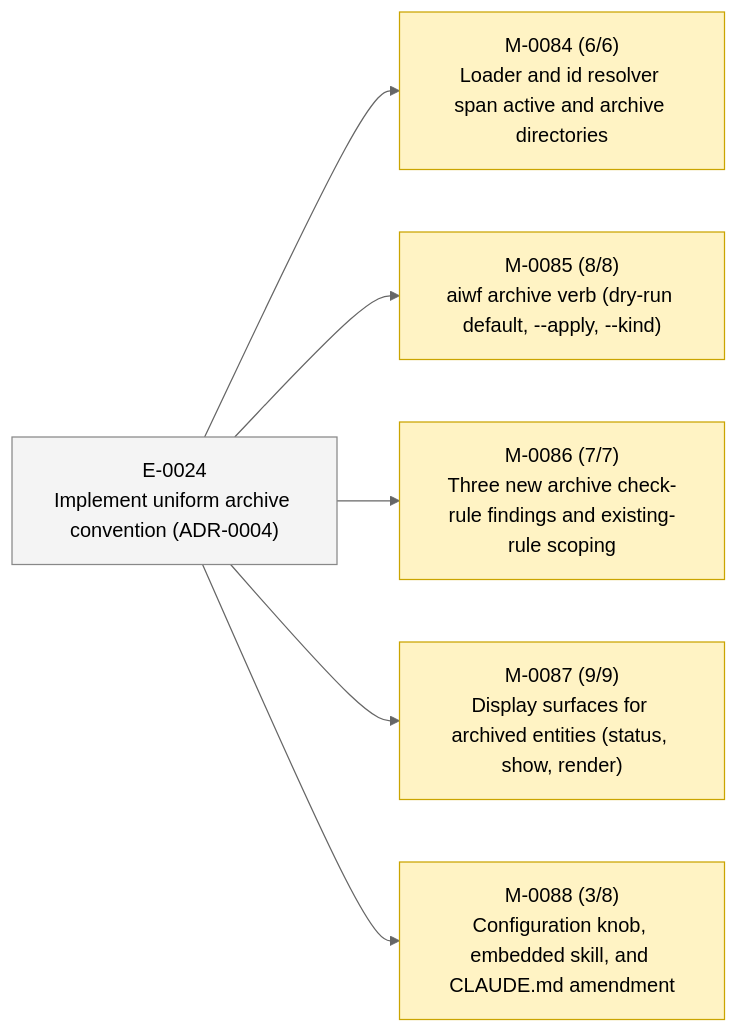
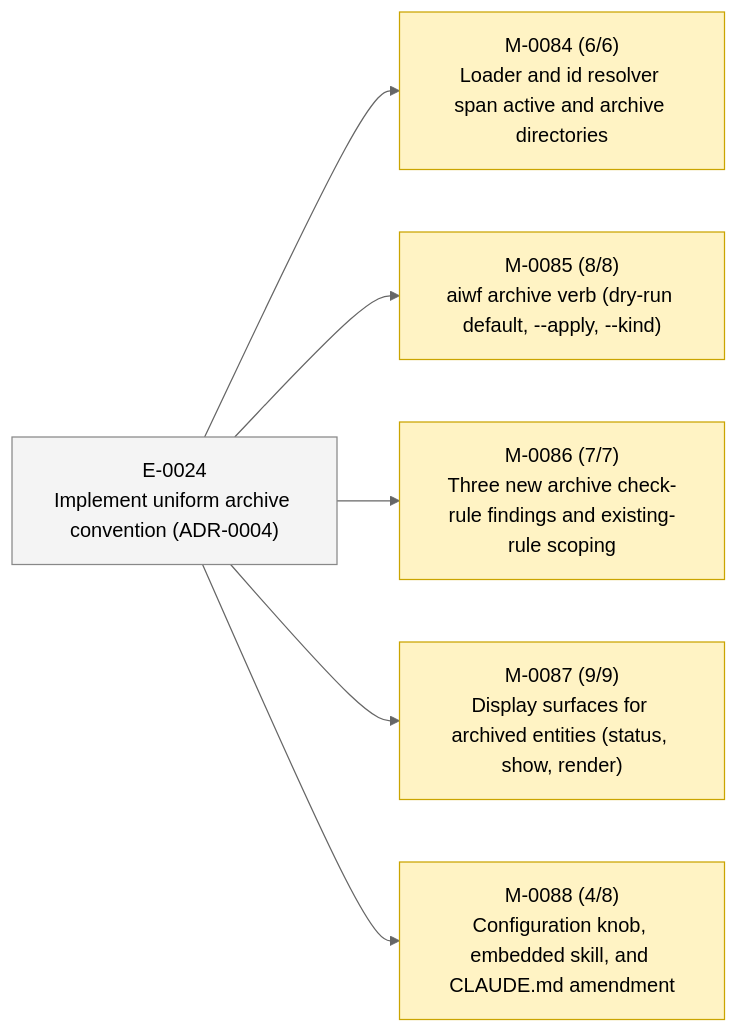
One commit to 23min/aiwf changed the second of 2 diagrams in STATUS.md. Above: the diagram before and after it, drawn with Mermaid (neutral theme). The commit also changed other lines of this file and 1 other file, not shown here.

````diff
--- a/STATUS.md
+++ b/STATUS.md
@@ -49,20 +49,20 @@
 ```mermaid
 flowchart LR
   E_0024["E-0024<br/>Implement uniform archive convention (ADR-0004)"]:::epic_proposed
   M_0084["M-0084 (6/6)<br/>Loader and id resolver span active and archive directories"]:::ms_in_progress
   E_0024 --> M_0084
   M_0085["M-0085 (8/8)<br/>aiwf archive verb (dry-run default, --apply, --kind)"]:::ms_in_progress
   E_0024 --> M_0085
   M_0086["M-0086 (7/7)<br/>Three new archive check-rule findings and existing-rule scoping"]:::ms_in_progress
   E_0024 --> M_0086
   M_0087["M-0087 (9/9)<br/>Display surfaces for archived entities (status, show, render)"]:::ms_in_progress
   E_0024 --> M_0087
-  M_0088["M-0088 (3/8)<br/>Configuration knob, embedded skill, and CLAUDE.md amendment"]:::ms_in_progress
+  M_0088["M-0088 (4/8)<br/>Configuration knob, embedded skill, and CLAUDE.md amendment"]:::ms_in_progress
   E_0024 --> M_0088
   classDef epic_active fill:#d6eaff,stroke:#1a73e8,color:#000
   classDef epic_proposed fill:#f4f4f4,stroke:#888,color:#000
   classDef ms_done fill:#d8f5d8,stroke:#2a8a2a,color:#000
   classDef ms_in_progress fill:#fff3c4,stroke:#caa400,color:#000
   classDef ms_draft fill:#f4f4f4,stroke:#888,color:#000
   classDef ms_cancelled fill:#fbeaea,stroke:#c33,color:#000
 ```
````
